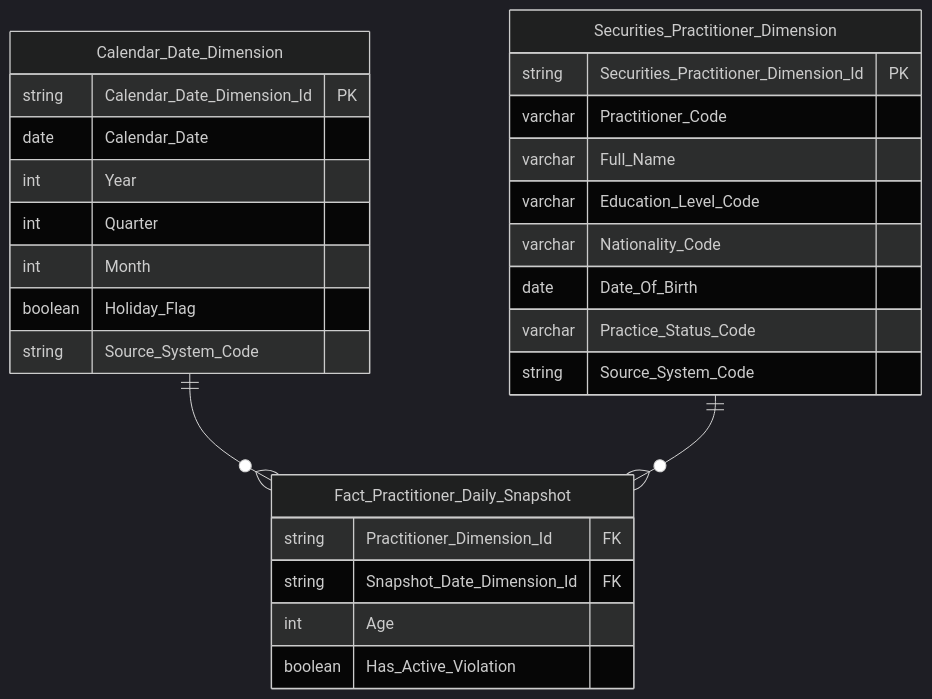
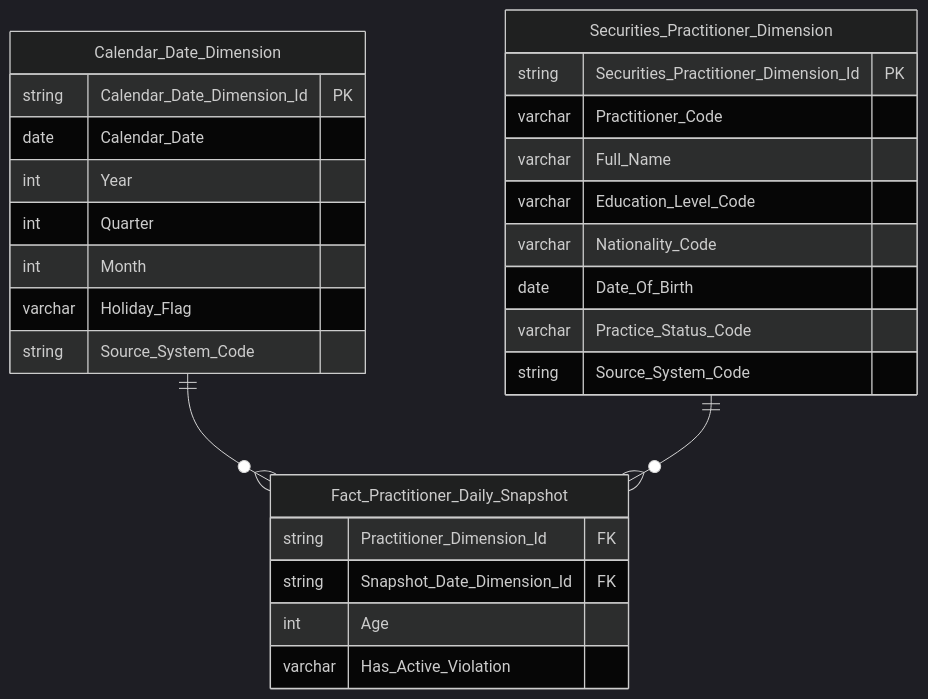
Diagram 16 of 40 in Datamart/hld/DTM_NHNCK_HLD.md (linhlvit/ubck_atomic_design), drawn with Mermaid (dark theme) before and after one commit. The commit also changed other lines of this file and 10 other files, not shown here.

````diff
--- a/Datamart/hld/DTM_NHNCK_HLD.md
+++ b/Datamart/hld/DTM_NHNCK_HLD.md
@@ -634,33 +635,33 @@
 ```mermaid
 erDiagram
     Calendar_Date_Dimension ||--o{ Fact_Practitioner_Daily_Snapshot : " "
     Securities_Practitioner_Dimension ||--o{ Fact_Practitioner_Daily_Snapshot : " "
 
     Fact_Practitioner_Daily_Snapshot {
         string Practitioner_Dimension_Id FK
         string Snapshot_Date_Dimension_Id FK
         int Age
-        boolean Has_Active_Violation
+        varchar Has_Active_Violation
     }
 
     Calendar_Date_Dimension {
         string Calendar_Date_Dimension_Id PK
         date Calendar_Date
         int Year
         int Quarter
         int Month
-        boolean Holiday_Flag
+        varchar Holiday_Flag
         string Source_System_Code
     }
 
     Securities_Practitioner_Dimension {
         string Securities_Practitioner_Dimension_Id PK
         varchar Practitioner_Code
         varchar Full_Name
         varchar Education_Level_Code
         varchar Nationality_Code
         date Date_Of_Birth
         varchar Practice_Status_Code
         string Source_System_Code
     }
 ```
````
